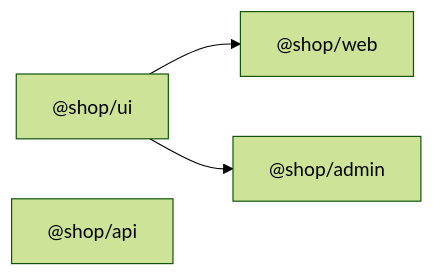
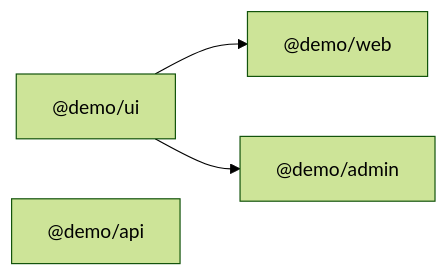
Before and after one commit to vznjs/vx: the diagram in private/vx-docs/src/content/docs/docs/running-tasks.mdx, drawn with Mermaid (forest theme). The commit also changed other lines of this file and 5 other files, not shown here.

````diff
--- a/private/vx-docs/src/content/docs/docs/running-tasks.mdx
+++ b/private/vx-docs/src/content/docs/docs/running-tasks.mdx
@@ -35,6 +36,6 @@
 ```mermaid
 flowchart LR
-  ui["@shop/ui"] --> web["@shop/web"]
-  ui --> admin["@shop/admin"]
-  api["@shop/api"]
+  ui["@demo/ui"] --> web["@demo/web"]
+  ui --> admin["@demo/admin"]
+  api["@demo/api"]
 ```
````
